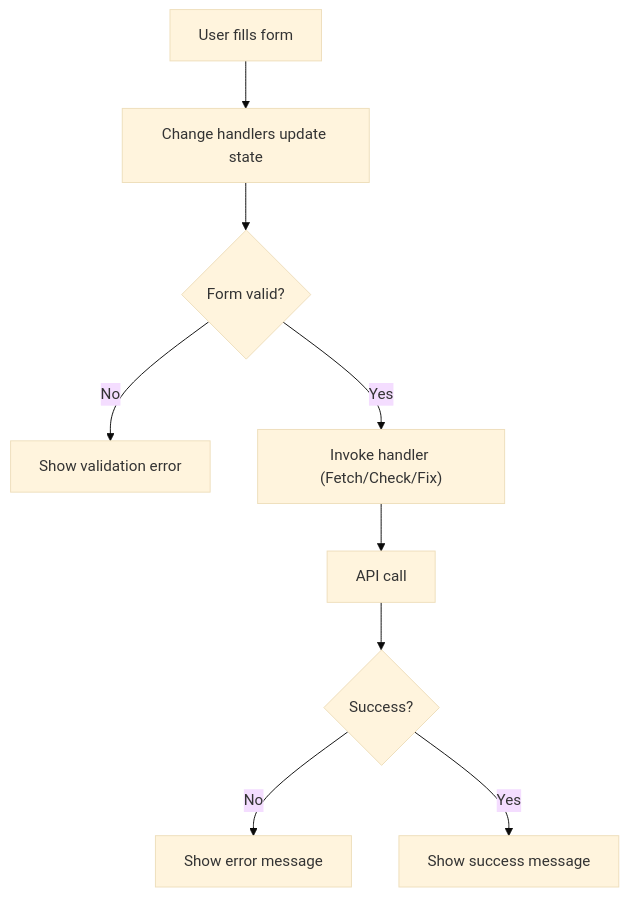
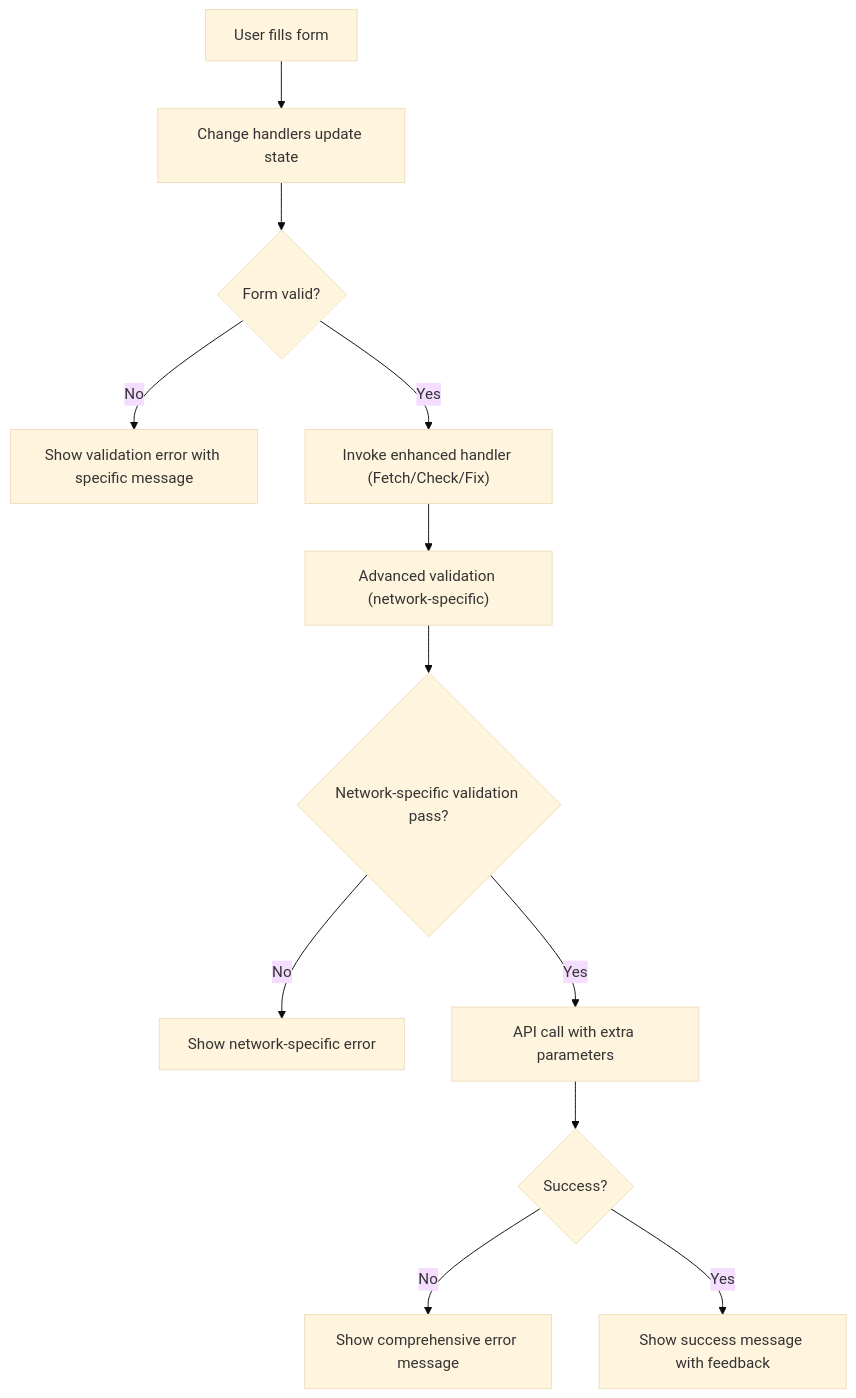
One commit to KaranMakani/deposit-fixer changed the seventh of 9 diagrams in .qoder/repowiki/en/content/Technical Architecture/Application Components.md. Above: the diagram before and after it, drawn with Mermaid (base theme). The commit also changed other lines of this file and 10 other files, not shown here.

````diff
--- a/.qoder/repowiki/en/content/Technical Architecture/Application Components.md
+++ b/.qoder/repowiki/en/content/Technical Architecture/Application Components.md
@@ -288,11 +341,14 @@
 ```mermaid
 flowchart TD
 A["User fills form"] --> B["Change handlers update state"]
 B --> C{"Form valid?"}
-C --> |No| D["Show validation error"]
-C --> |Yes| E["Invoke handler (Fetch/Check/Fix)"]
-E --> F["API call"]
-F --> G{"Success?"}
-G --> |No| H["Show error message"]
-G --> |Yes| I["Show success message"]
+C --> |No| D["Show validation error with specific message"]
+C --> |Yes| E["Invoke enhanced handler (Fetch/Check/Fix)"]
+E --> F["Advanced validation (network-specific)"]
+F --> G{"Network-specific validation pass?"}
+G --> |No| H["Show network-specific error"]
+G --> |Yes| I["API call with extra parameters"]
+I --> J{"Success?"}
+J --> |No| K["Show comprehensive error message"]
+J --> |Yes| L["Show success message with feedback"]
 ```
````
